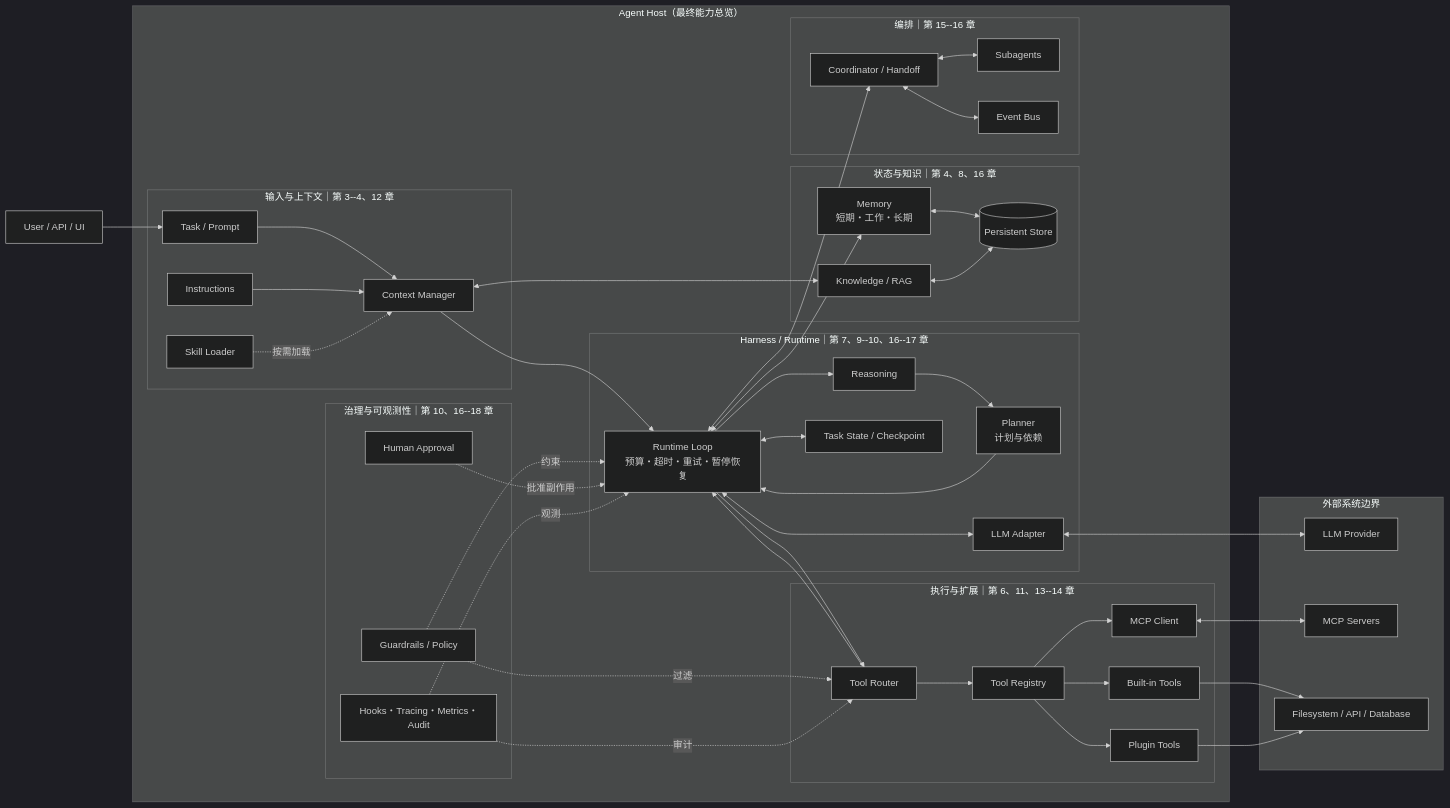
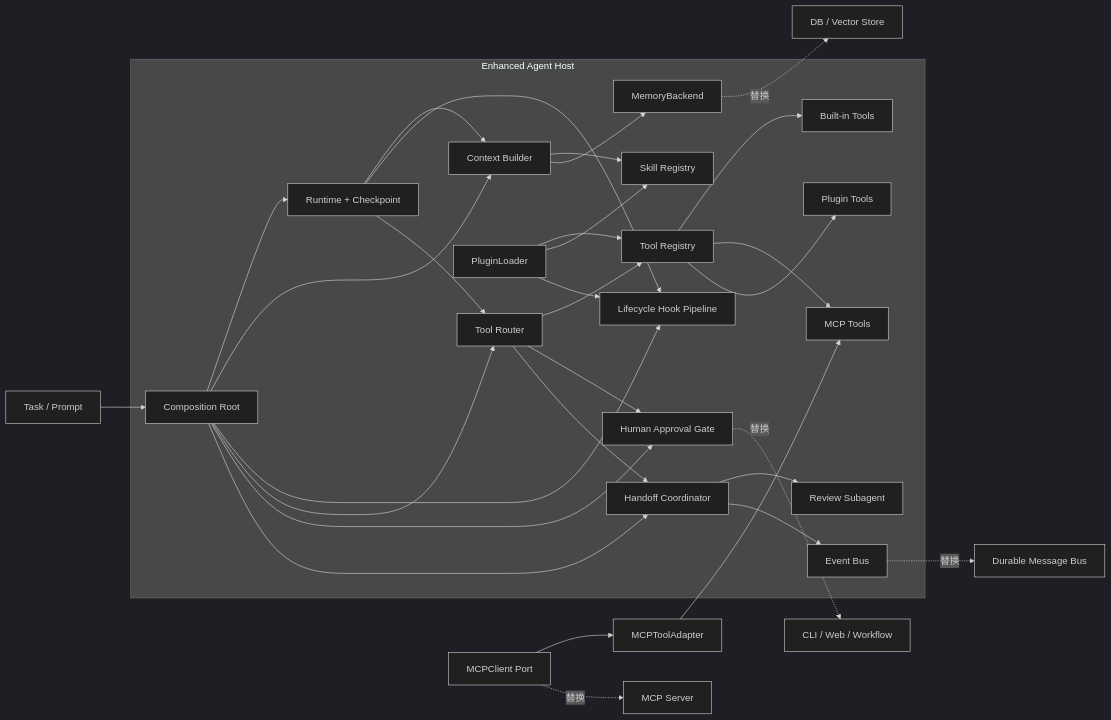
The first of 4 diagrams in docs/chapters/16-enhanced-agent/README.md (dollarser/modern-ai-agent-architecture), drawn with Mermaid (dark theme) before and after one commit. The commit also changed other lines of this file and 51 other files, not shown here.

Commit message:
Complete enhanced agent assembly and runtime hardening

````diff
--- a/docs/chapters/16-enhanced-agent/README.md
+++ b/docs/chapters/16-enhanced-agent/README.md
@@ -61,75 +63,38 @@
 ```mermaid
 flowchart LR
-    Entry["User / API / UI"] --> Input["Task / Prompt"]
+    Input["Task / Prompt"] --> Root["Composition Root"]
 
-    subgraph Host["Agent Host（最终能力总览）"]
-        subgraph ContextLayer["输入与上下文｜第 3--4、12 章"]
-            Input --> Context["Context Manager"]
-            Instructions["Instructions"] --> Context
-            SkillLoader["Skill Loader"] -.按需加载.-> Context
-        end
+    subgraph Host["Enhanced Agent Host"]
+        Root --> Runtime["Runtime + Checkpoint"]
+        Root --> Context["Context Builder"]
+        Root --> Hooks["Lifecycle Hook Pipeline"]
+        Root --> Router["Tool Router"]
+        Root --> Approval["Human Approval Gate"]
+        Root --> Orchestrator["Handoff Coordinator"]
 
-        subgraph Harness["Harness / Runtime｜第 7、9--10、16--17 章"]
-            Runtime["Runtime Loop<br/>预算・超时・重试・暂停恢复"]
-            Reasoning["Reasoning"]
-            Planner["Planner<br/>计划与依赖"]
-            TaskState["Task State / Checkpoint"]
-            ModelAdapter["LLM Adapter"]
-            Runtime --> Reasoning --> Planner --> Runtime
-            Runtime <--> TaskState
-            Runtime <--> ModelAdapter
-        end
+        Context --> Skills["Skill Registry"]
+        Context --> MemoryPort["MemoryBackend"]
+        Runtime --> Context
+        Runtime --> Hooks
+        Runtime --> Router
+        Router --> Registry["Tool Registry"]
+        Router --> Approval
+        Router --> Orchestrator
 
-        subgraph Execution["执行与扩展｜第 6、11、13--14 章"]
-            Router["Tool Router"] --> Registry["Tool Registry"]
-            Registry --> Builtins["Built-in Tools"]
-            Registry --> Plugin["Plugin Tools"]
-            Registry --> MCPClient["MCP Client"]
-        end
-
-        subgraph StateKnowledge["状态与知识｜第 4、8、16 章"]
-            Memory["Memory<br/>短期・工作・长期"]
-            Knowledge["Knowledge / RAG"]
-            Store[("Persistent Store")]
-            Memory <--> Store
-            Knowledge <--> Store
-        end
-
-        subgraph Orchestration["编排｜第 15--16 章"]
-            Coordinator["Coordinator / Handoff"]
-            Subagents["Subagents"]
-            EventBus["Event Bus"]
-            Coordinator <--> Subagents
-            Coordinator <--> EventBus
-        end
-
-        subgraph Governance["治理与可观测性｜第 10、16--18 章"]
-            Guardrails["Guardrails / Policy"]
-            Approval["Human Approval"]
-            Observability["Hooks・Tracing・Metrics・Audit"]
-        end
-
-        Context --> Runtime
-        Runtime --> Router
-        Router --> Runtime
-        Runtime <--> Memory
-        Context <--> Knowledge
-        Runtime <--> Coordinator
-        Guardrails -.约束.-> Runtime
-        Guardrails -.过滤.-> Router
-        Approval -.批准副作用.-> Runtime
-        Observability -.观测.-> Runtime
-        Observability -.审计.-> Router
+        Registry --> Builtin["Built-in Tools"]
+        Registry --> MCPTools["MCP Tools"]
+        Registry --> PluginTools["Plugin Tools"]
+        PluginLoader["PluginLoader"] --> Registry
+        PluginLoader --> Skills
+        PluginLoader --> Hooks
+        Orchestrator --> Subagent["Review Subagent"]
+        Orchestrator --> EventBus["Event Bus"]
     end
 
-    subgraph External["外部系统边界"]
-        Provider["LLM Provider"]
-        MCPServers["MCP Servers"]
-        Business["Filesystem / API / Database"]
-    end
-
-    ModelAdapter <--> Provider
-    MCPClient <--> MCPServers
-    Builtins --> Business
-    Plugin --> Business
+    MCPAdapter["MCPToolAdapter"] --> MCPTools
+    MCPClient["MCPClient Port"] --> MCPAdapter
+    MemoryPort -.替换.-> ExternalMemory["DB / Vector Store"]
+    MCPClient -.替换.-> MCPServer["MCP Server"]
+    Approval -.替换.-> ApprovalUI["CLI / Web / Workflow"]
+    EventBus -.替换.-> DurableBus["Durable Message Bus"]
 ```
````
